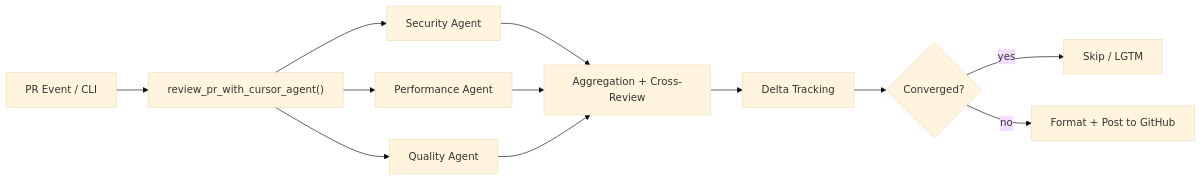
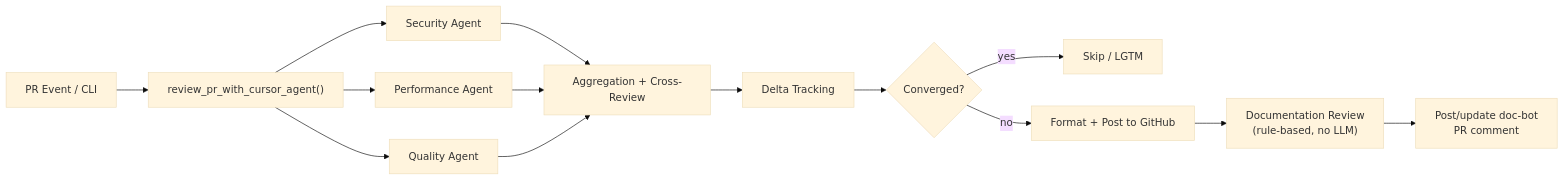
Before and after one commit to calimero-network/ai-code-reviewer: the first of 7 diagrams in docs/ARCHITECTURE.md, drawn with Mermaid (base theme). The commit also changed other lines of this file and 2 other files, not shown here.

First line of the commit message:
feat: implement rule-based documentation review in review-pr command

````diff
--- a/docs/ARCHITECTURE.md
+++ b/docs/ARCHITECTURE.md
@@ -23,15 +24,17 @@
 ```mermaid
 flowchart LR
     PR["PR Event / CLI"]
     PR --> Pipeline["review_pr_with_cursor_agent()"]
     Pipeline --> A1["Security Agent"]
     Pipeline --> A2["Performance Agent"]
     Pipeline --> A3["Quality Agent"]
     A1 --> Agg["Aggregation + Cross-Review"]
     A2 --> Agg
     A3 --> Agg
     Agg --> Delta["Delta Tracking"]
     Delta --> Conv{"Converged?"}
     Conv -- yes --> Skip["Skip / LGTM"]
     Conv -- no --> Post["Format + Post to GitHub"]
+    Post --> DocReview["Documentation Review\n(rule-based, no LLM)"]
+    DocReview --> DocComment["Post/update doc-bot\nPR comment"]
 ```
````
